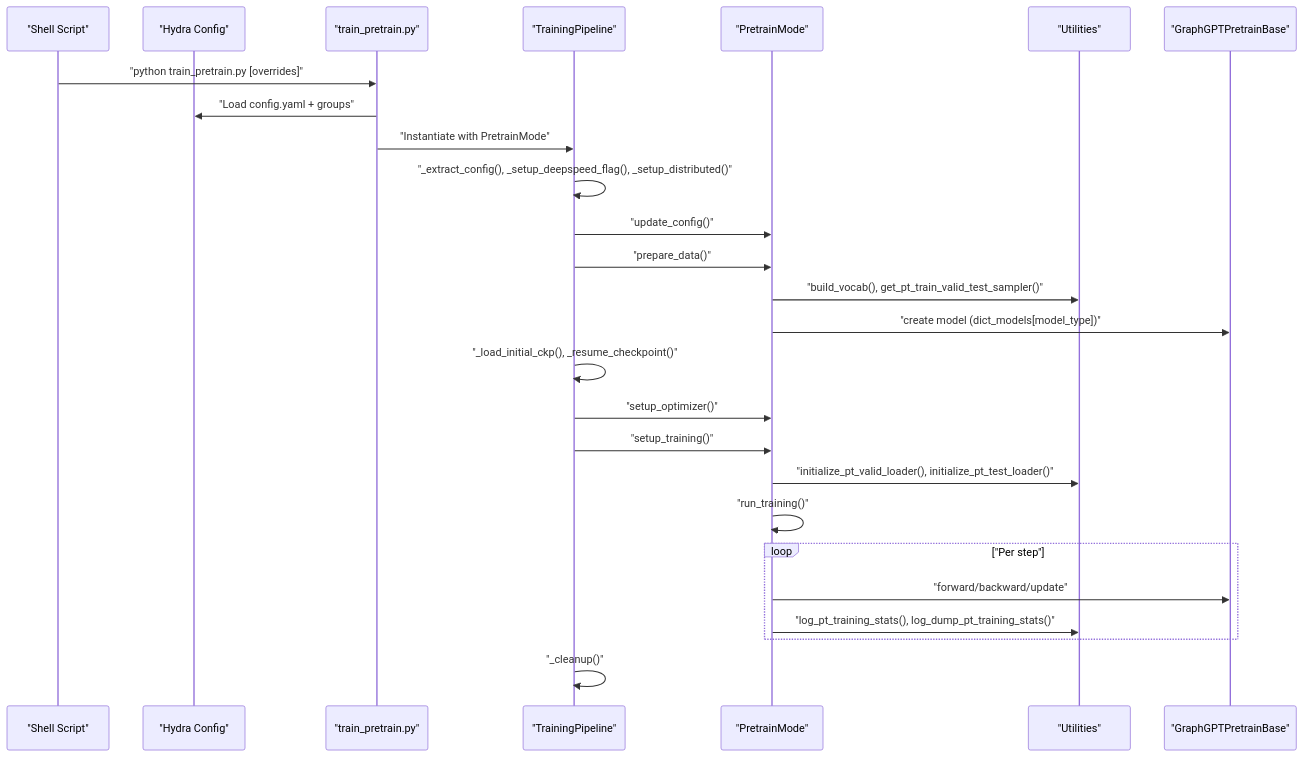
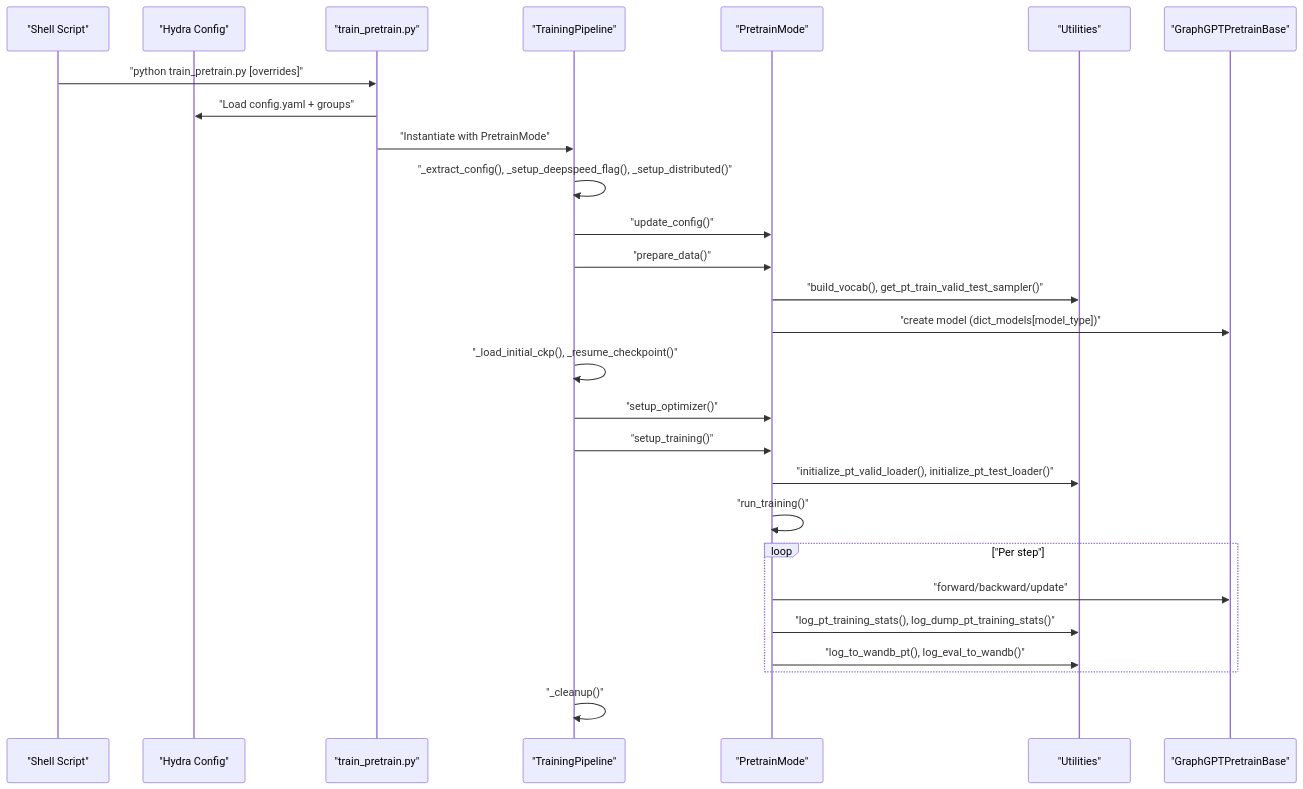
The second of 11 diagrams in .qoder/repowiki/en/content/Pre-training System/Pre-training Pipeline Execution.md (alibaba/graph-gpt), drawn with Mermaid before and after one commit. The commit also changed other lines of this file and 7 other files, not shown here.

````diff
--- a/.qoder/repowiki/en/content/Pre-training System/Pre-training Pipeline Execution.md
+++ b/.qoder/repowiki/en/content/Pre-training System/Pre-training Pipeline Execution.md
@@ -114,28 +125,29 @@
 ```mermaid
 sequenceDiagram
 participant CLI as "Shell Script"
 participant Hydra as "Hydra Config"
 participant Entry as "train_pretrain.py"
 participant Pipe as "TrainingPipeline"
 participant Mode as "PretrainMode"
 participant Utils as "Utilities"
 participant Model as "GraphGPTPretrainBase"
 CLI->>Entry : "python train_pretrain.py [overrides]"
 Entry->>Hydra : "Load config.yaml + groups"
 Entry->>Pipe : "Instantiate with PretrainMode"
 Pipe->>Pipe : "_extract_config(), _setup_deepspeed_flag(), _setup_distributed()"
 Pipe->>Mode : "update_config()"
 Pipe->>Mode : "prepare_data()"
 Mode->>Utils : "build_vocab(), get_pt_train_valid_test_sampler()"
 Mode->>Model : "create model (dict_models[model_type])"
 Pipe->>Pipe : "_load_initial_ckp(), _resume_checkpoint()"
 Pipe->>Mode : "setup_optimizer()"
 Pipe->>Mode : "setup_training()"
 Mode->>Utils : "initialize_pt_valid_loader(), initialize_pt_test_loader()"
 Mode->>Mode : "run_training()"
 loop "Per step"
 Mode->>Model : "forward/backward/update"
 Mode->>Utils : "log_pt_training_stats(), log_dump_pt_training_stats()"
+Mode->>Utils : "log_to_wandb_pt(), log_eval_to_wandb()"
 end
 Pipe->>Pipe : "_cleanup()"
 ```
````
